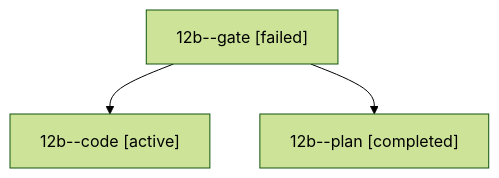
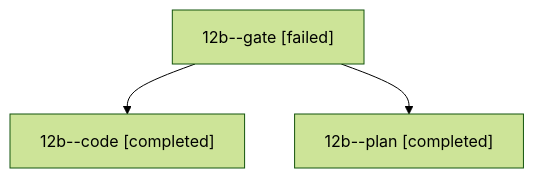
The diagram in sessions/bbugyi200.athena.12b.md (bobs-org/bob-cli--agents), drawn with Mermaid (forest theme) before and after one commit. The commit also changed other lines of this file and 21 other files, not shown here.

````diff
--- a/sessions/bbugyi200.athena.12b.md
+++ b/sessions/bbugyi200.athena.12b.md
@@ -9,8 +9,8 @@
 ```mermaid
 flowchart TD
   n0["12b--gate [failed]"]
-  n1["12b--code [active]"]
+  n1["12b--code [completed]"]
   n0 --> n1
   n2["12b--plan [completed]"]
   n0 --> n2
 ```
````
